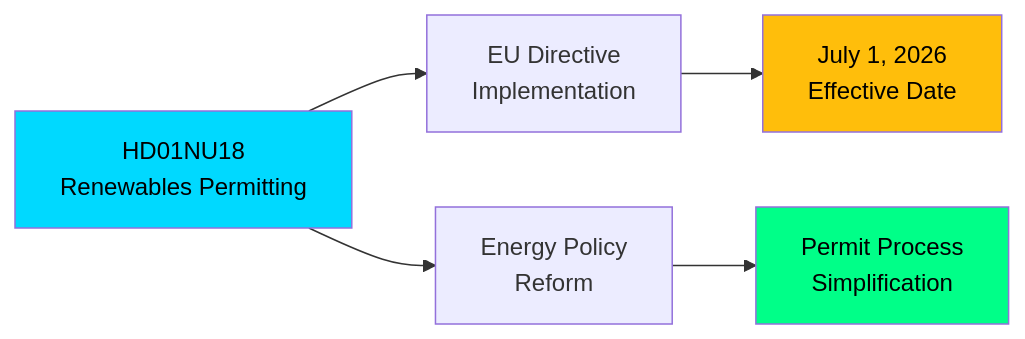
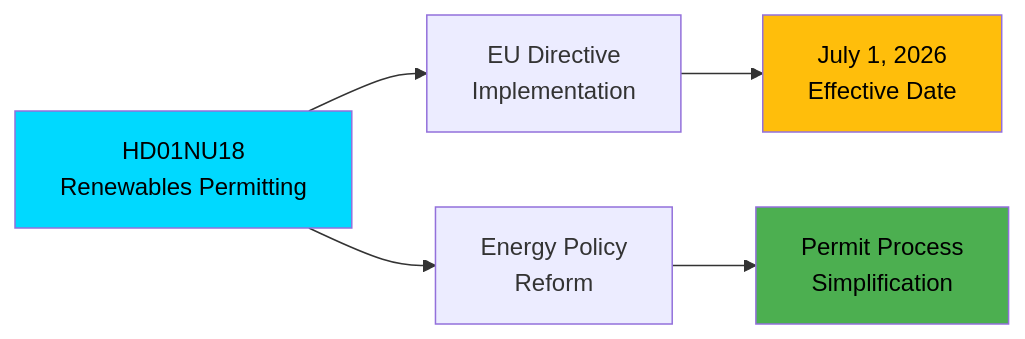
The diagram in analysis/daily/2026-04-13/committeeReports/documents/HD01NU18-analysis.md (Hack23/riksdagsmonitor), drawn with Mermaid before and after one commit. The commit also changed 785 other files, not shown here.

First line of the commit message:
Normalize mermaid colors across 786 analysis artifacts to ISMS Style Guide palette

````diff
--- a/analysis/daily/2026-04-13/committeeReports/documents/HD01NU18-analysis.md
+++ b/analysis/daily/2026-04-13/committeeReports/documents/HD01NU18-analysis.md
@@ -20,10 +20,10 @@
 ```mermaid
 graph LR
     A["HD01NU18<br/>Renewables Permitting"] --> B["EU Directive<br/>Implementation"]
     A --> C["Energy Policy<br/>Reform"]
     B --> D["July 1, 2026<br/>Effective Date"]
     C --> E["Permit Process<br/>Simplification"]
-    style A fill:#00d9ff,color:#000
-    style D fill:#ffbe0b,color:#000
-    style E fill:#00ff88,color:#000
+    style A fill:#00d9ff,color:#000000
+    style D fill:#ffbe0b,color:#000000
+    style E fill:#4CAF50,color:#000000
 ```
````
